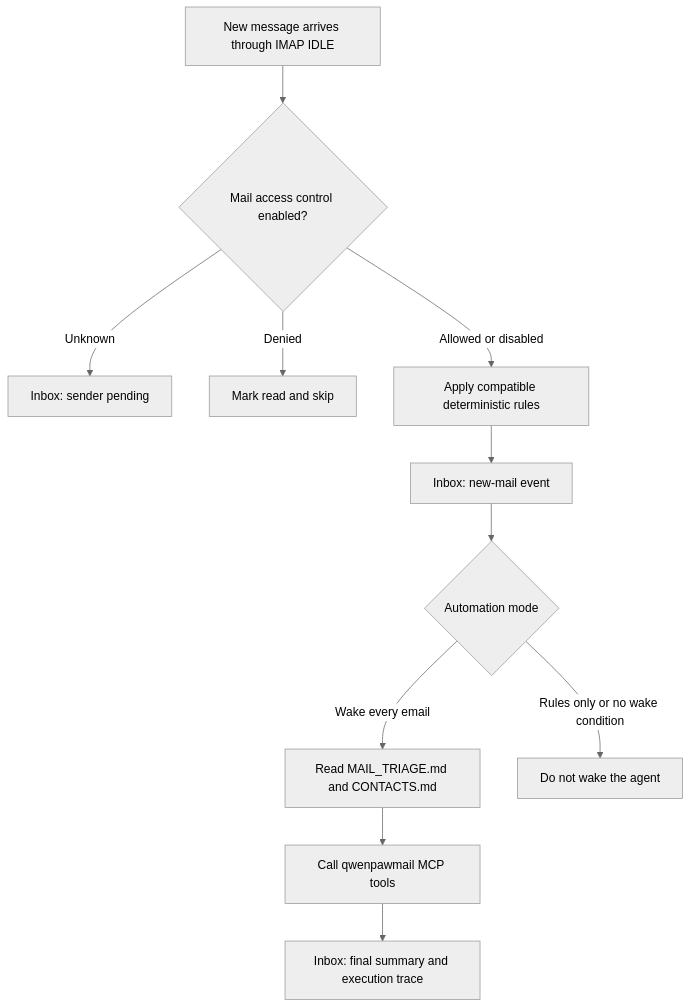
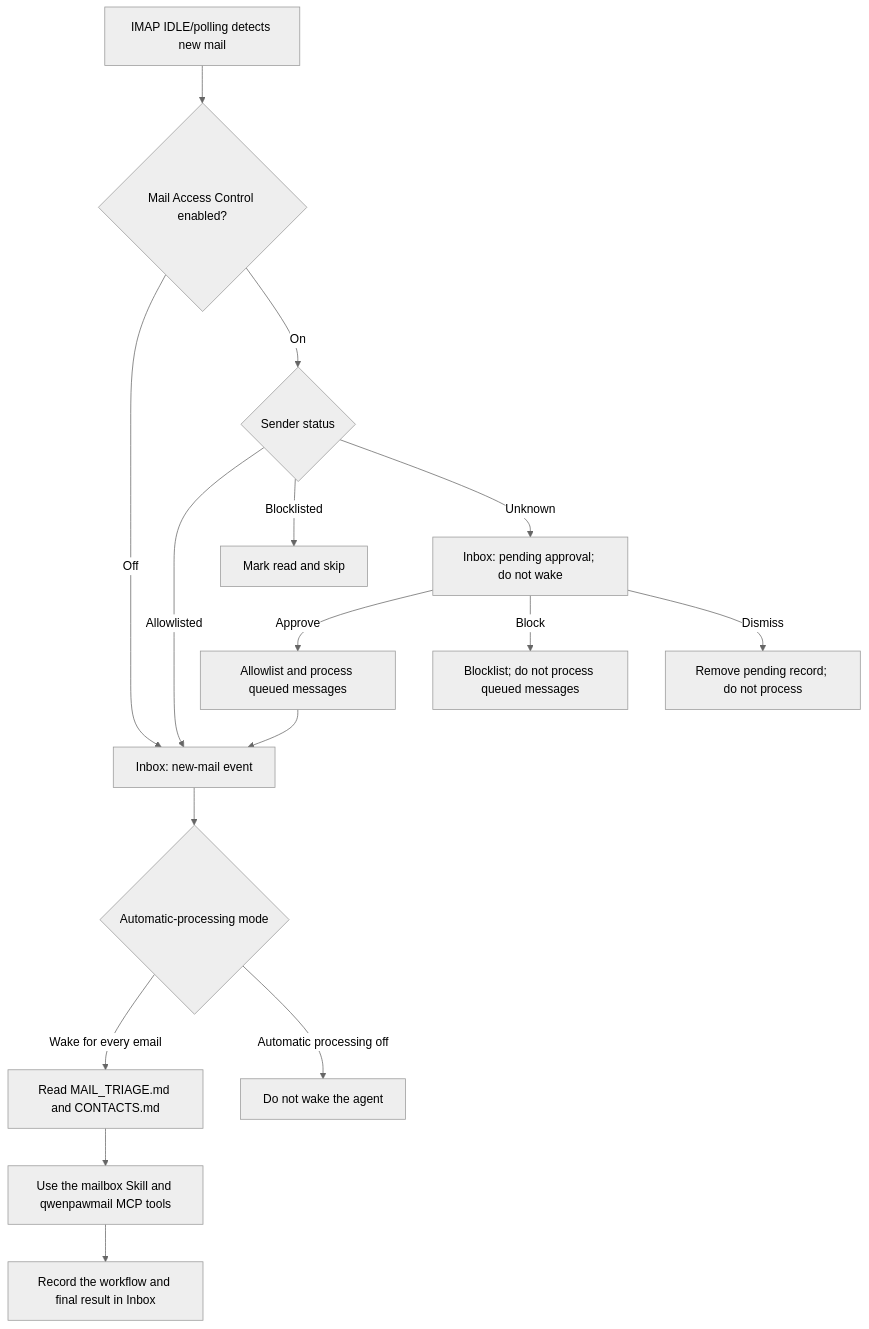
Before and after one commit to Luohh5/QwenPaw: the diagram in website/public/docs/mailbox.en.md, drawn with Mermaid (neutral theme). The commit also changed other lines of this file and 14 other files, not shown here.

````diff
--- a/website/public/docs/mailbox.en.md
+++ b/website/public/docs/mailbox.en.md
@@ -205,13 +278,18 @@
 ```mermaid
 flowchart TD
-    A["New message arrives through IMAP IDLE"] --> B{"Mail access control enabled?"}
-    B -->|"Unknown"| C["Inbox: sender pending"]
-    B -->|"Denied"| D["Mark read and skip"]
-    B -->|"Allowed or disabled"| E["Apply compatible deterministic rules"]
-    E --> F["Inbox: new-mail event"]
-    F --> G{"Automation mode"}
-    G -->|"Wake every email"| H["Read MAIL_TRIAGE.md and CONTACTS.md"]
-    G -->|"Rules only or no wake condition"| I["Do not wake the agent"]
-    H --> J["Call qwenpawmail MCP tools"]
-    J --> K["Inbox: final summary and execution trace"]
+    A["IMAP IDLE/polling detects new mail"] --> B{"Mail Access Control enabled?"}
+    B -->|"Off"| I["Inbox: new-mail event"]
+    B -->|"On"| C{"Sender status"}
+    C -->|"Allowlisted"| I
+    C -->|"Blocklisted"| D["Mark read and skip"]
+    C -->|"Unknown"| E["Inbox: pending approval; do not wake"]
+    E -->|"Approve"| F["Allowlist and process queued messages"]
+    E -->|"Block"| G["Blocklist; do not process queued messages"]
+    E -->|"Dismiss"| H["Remove pending record; do not process"]
+    F --> I
+    I --> J{"Automatic-processing mode"}
+    J -->|"Wake for every email"| K["Read MAIL_TRIAGE.md and CONTACTS.md"]
+    J -->|"Automatic processing off"| L["Do not wake the agent"]
+    K --> M["Use the mailbox Skill and qwenpawmail MCP tools"]
+    M --> N["Record the workflow and final result in Inbox"]
 ```
````
